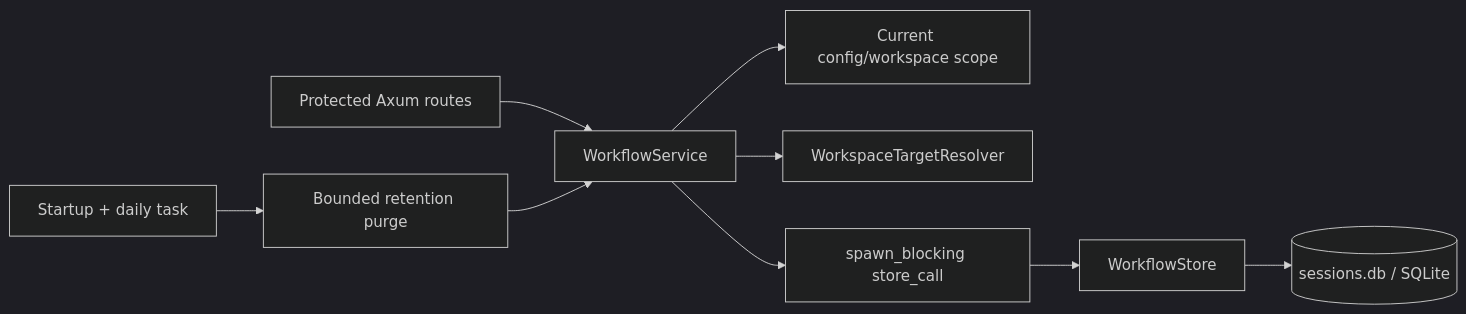
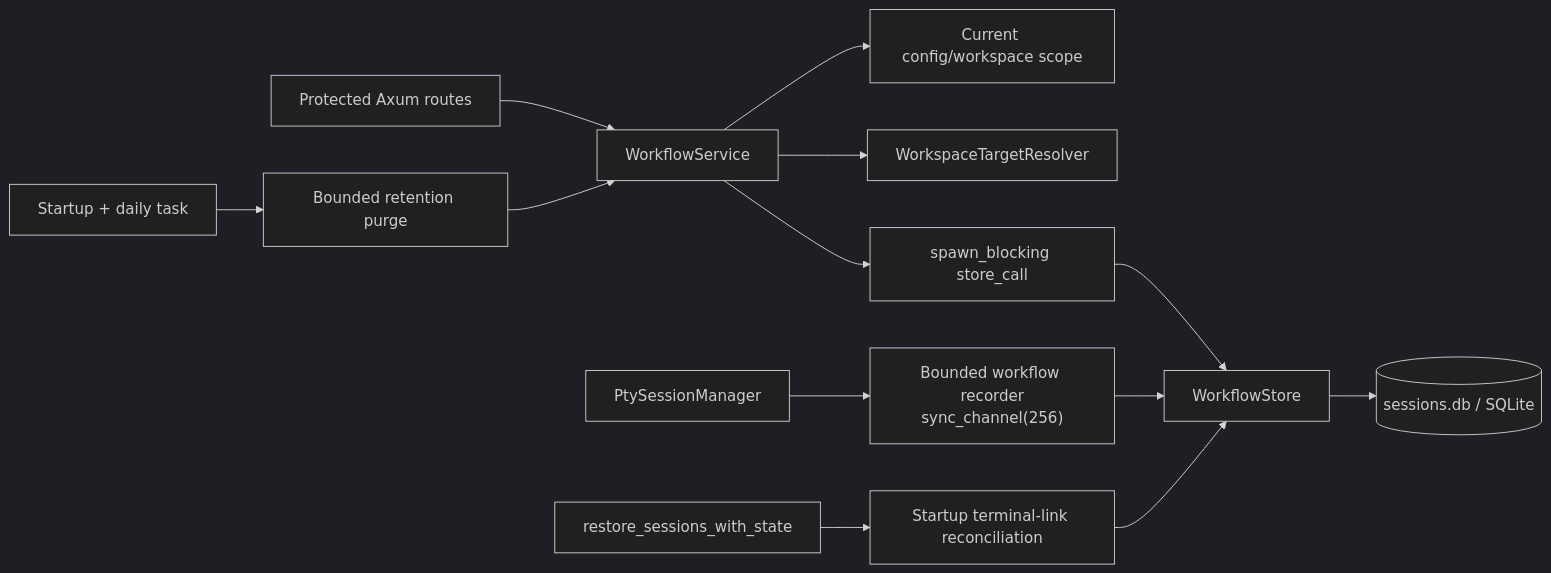
One commit to loidinhm31/dam-hopper changed the diagram in docs/workflow-api.md. Above: the diagram before and after it, drawn with Mermaid (dark theme). The commit also changed other lines of this file and 21 other files, not shown here.

Commit message:
feat(workflow): implement terminal lifecycle correlation and agent adapter

````diff
--- a/docs/workflow-api.md
+++ b/docs/workflow-api.md
@@ -43,11 +46,15 @@
 ```mermaid
 flowchart LR
     Router["Protected Axum routes"] --> Service["WorkflowService"]
     Service --> Scope["Current config/workspace scope"]
     Service --> Resolver["WorkspaceTargetResolver"]
     Service --> Blocking["spawn_blocking store_call"]
     Blocking --> Store["WorkflowStore"]
     Store --> DB[("sessions.db / SQLite")]
+    PTY["PtySessionManager"] --> Observe["Bounded workflow recorder\nsync_channel(256)"]
+    Observe --> Store
+    Restore["restore_sessions_with_state"] --> Reconcile["Startup terminal-link reconciliation"]
+    Reconcile --> Store
     Main["Startup + daily task"] --> Purge["Bounded retention purge"]
     Purge --> Service
 ```
````
